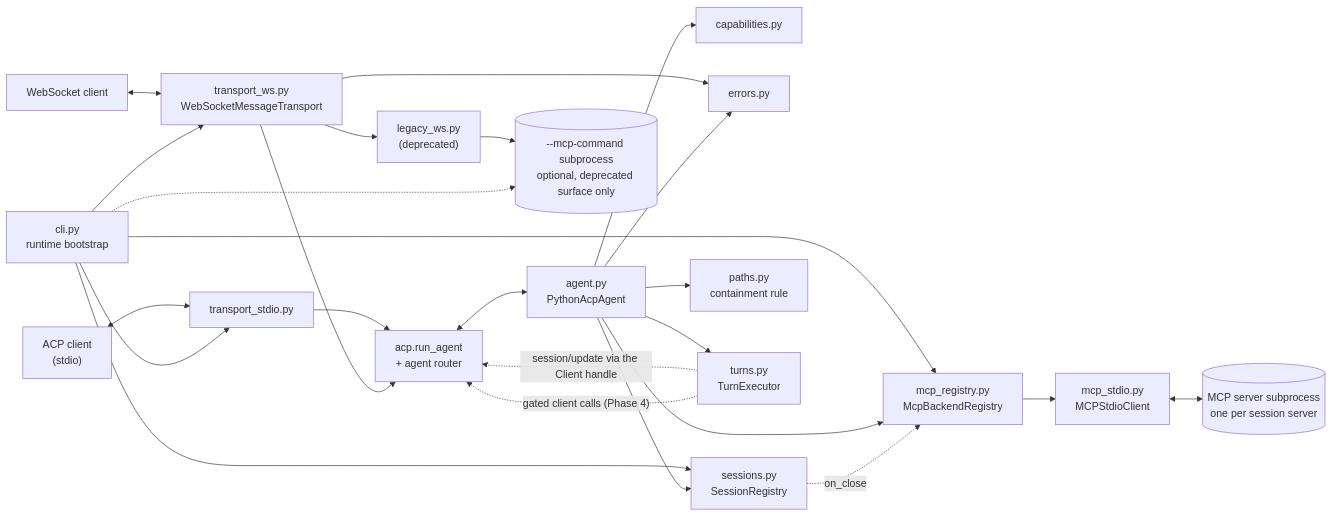
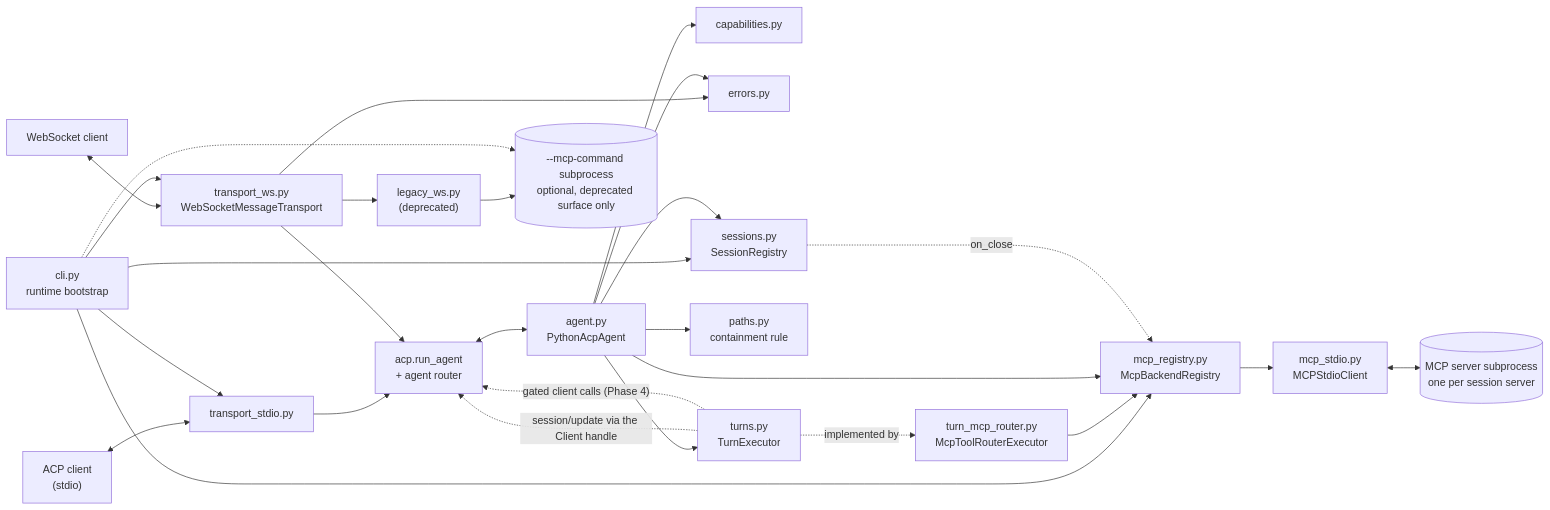
One commit to Digital-Dimentia/python-acp changed the first of 4 diagrams in ARCHITECTURE.md. Above: the diagram before and after it, drawn with Mermaid. The commit also changed other lines of this file and 12 other files, not shown here.

````diff
--- a/ARCHITECTURE.md
+++ b/ARCHITECTURE.md
@@ -23,45 +24,48 @@
 ```mermaid
 flowchart LR
     Editor["ACP client<br/>(stdio)"]
     WsClient["WebSocket client"]
     CLI["cli.py<br/>runtime bootstrap"]
     TStdio["transport_stdio.py"]
     TWs["transport_ws.py<br/>WebSocketMessageTransport"]
     Legacy["legacy_ws.py<br/>(deprecated)"]
     SDK["acp.run_agent<br/>+ agent router"]
     Agent["agent.py<br/>PythonAcpAgent"]
     Caps["capabilities.py"]
     Errors["errors.py"]
     Sessions["sessions.py<br/>SessionRegistry"]
     Paths["paths.py<br/>containment rule"]
     Turns["turns.py<br/>TurnExecutor"]
+    Router["turn_mcp_router.py<br/>McpToolRouterExecutor"]
     Backends["mcp_registry.py<br/>McpBackendRegistry"]
     MCPClient["mcp_stdio.py<br/>MCPStdioClient"]
     MCPProc[("MCP server subprocess<br/>one per session server")]
     StartupProc[("--mcp-command subprocess<br/>optional, deprecated surface only")]
 
     Editor <--> TStdio
     WsClient <--> TWs
     CLI --> TStdio
     CLI --> TWs
     CLI --> Sessions
     CLI --> Backends
     TStdio --> SDK
     TWs --> SDK
     TWs --> Legacy
     TWs --> Errors
     SDK <--> Agent
     Agent --> Caps
     Agent --> Errors
     Agent --> Sessions
     Agent --> Paths
     Agent --> Turns
+    Turns -.implemented by.-> Router
+    Router --> Backends
     Agent --> Backends
     Sessions -. "on_close" .-> Backends
     Turns -. "session/update via the Client handle" .-> SDK
     Turns -. "gated client calls (Phase 4)" .-> SDK
     Backends --> MCPClient
     MCPClient <--> MCPProc
     Legacy --> StartupProc
     CLI -.-> StartupProc
 ```
````
